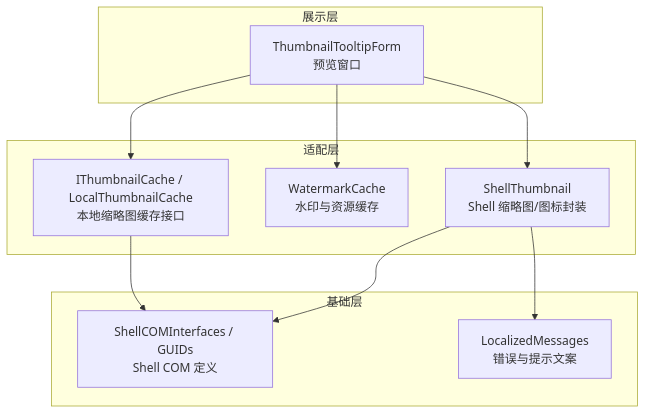
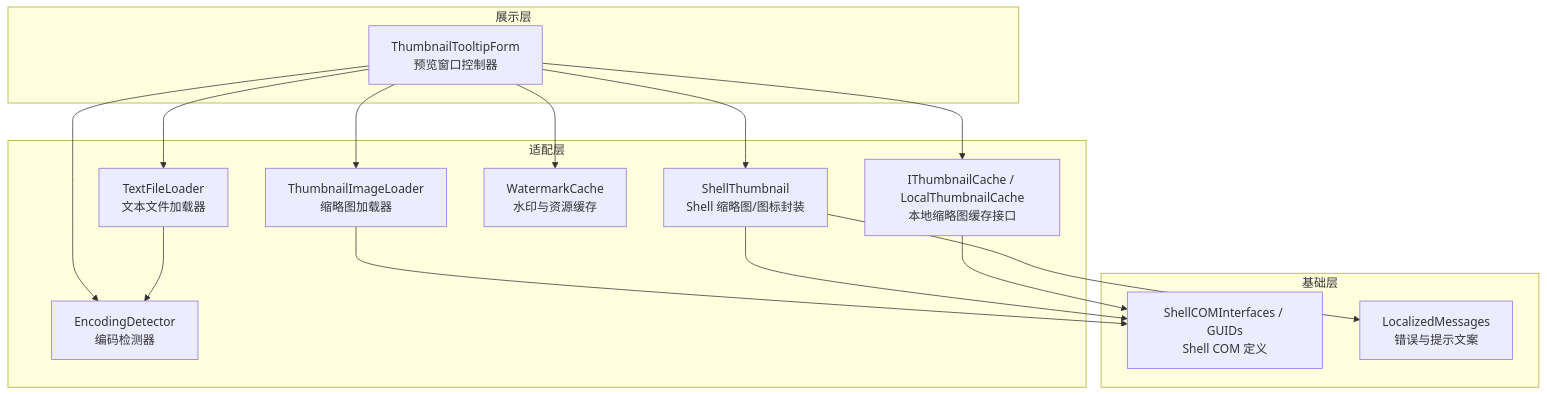
One commit to rainiva/QTTabBar-Next changed the first of 4 diagrams in .qoder/repowiki/zh/content/核心功能/预览系统.md. Above: the diagram before and after it, drawn with Mermaid. The commit also changed other lines of this file and 415 other files, not shown here.

````diff
--- a/.qoder/repowiki/zh/content/核心功能/预览系统.md
+++ b/.qoder/repowiki/zh/content/核心功能/预览系统.md
@@ -44,21 +56,29 @@
 ```mermaid
 graph TB
 subgraph "展示层"
-TT["ThumbnailTooltipForm<br/>预览窗口"]
+TT["ThumbnailTooltipForm<br/>预览窗口控制器"]
 end
 subgraph "适配层"
+TFL["TextFileLoader<br/>文本文件加载器"]
+ED["EncodingDetector<br/>编码检测器"]
+TIL["ThumbnailImageLoader<br/>缩略图加载器"]
 ST["ShellThumbnail<br/>Shell 缩略图/图标封装"]
 WMC["WatermarkCache<br/>水印与资源缓存"]
 ITC["IThumbnailCache / LocalThumbnailCache<br/>本地缩略图缓存接口"]
 end
 subgraph "基础层"
 SCOM["ShellCOMInterfaces / GUIDs<br/>Shell COM 定义"]
 MSG["LocalizedMessages<br/>错误与提示文案"]
 end
+TT --> TFL
+TT --> ED
+TT --> TIL
 TT --> ST
 TT --> WMC
 TT --> ITC
+TFL --> ED
+TIL --> SCOM
 ST --> SCOM
 ST --> MSG
 ITC --> SCOM
 ```
````
